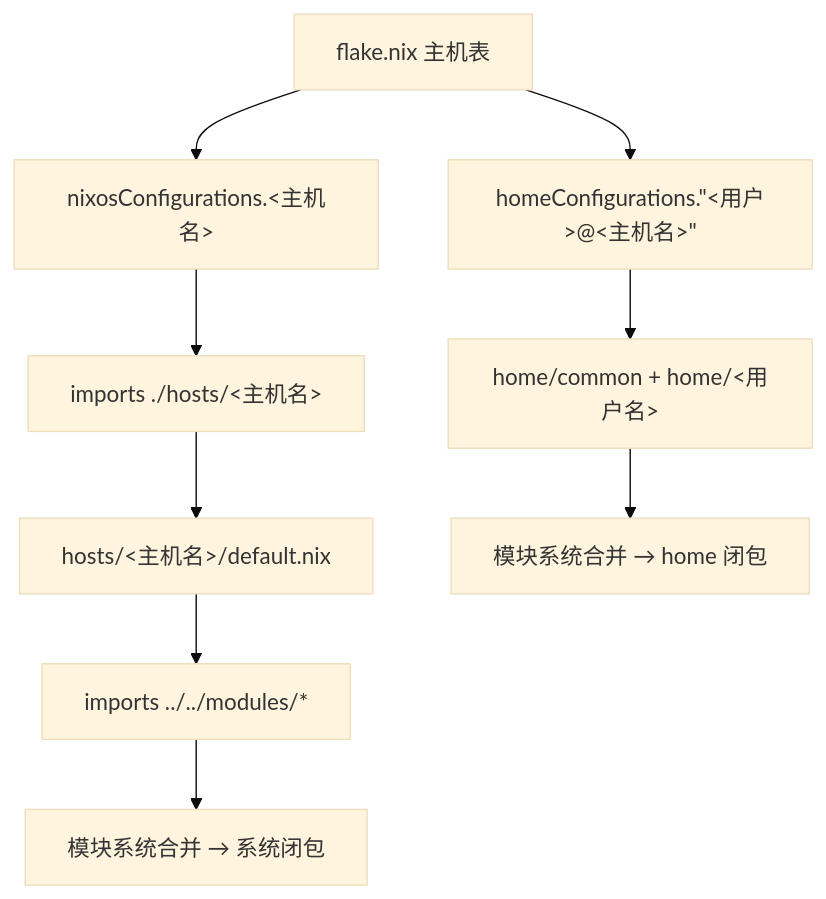
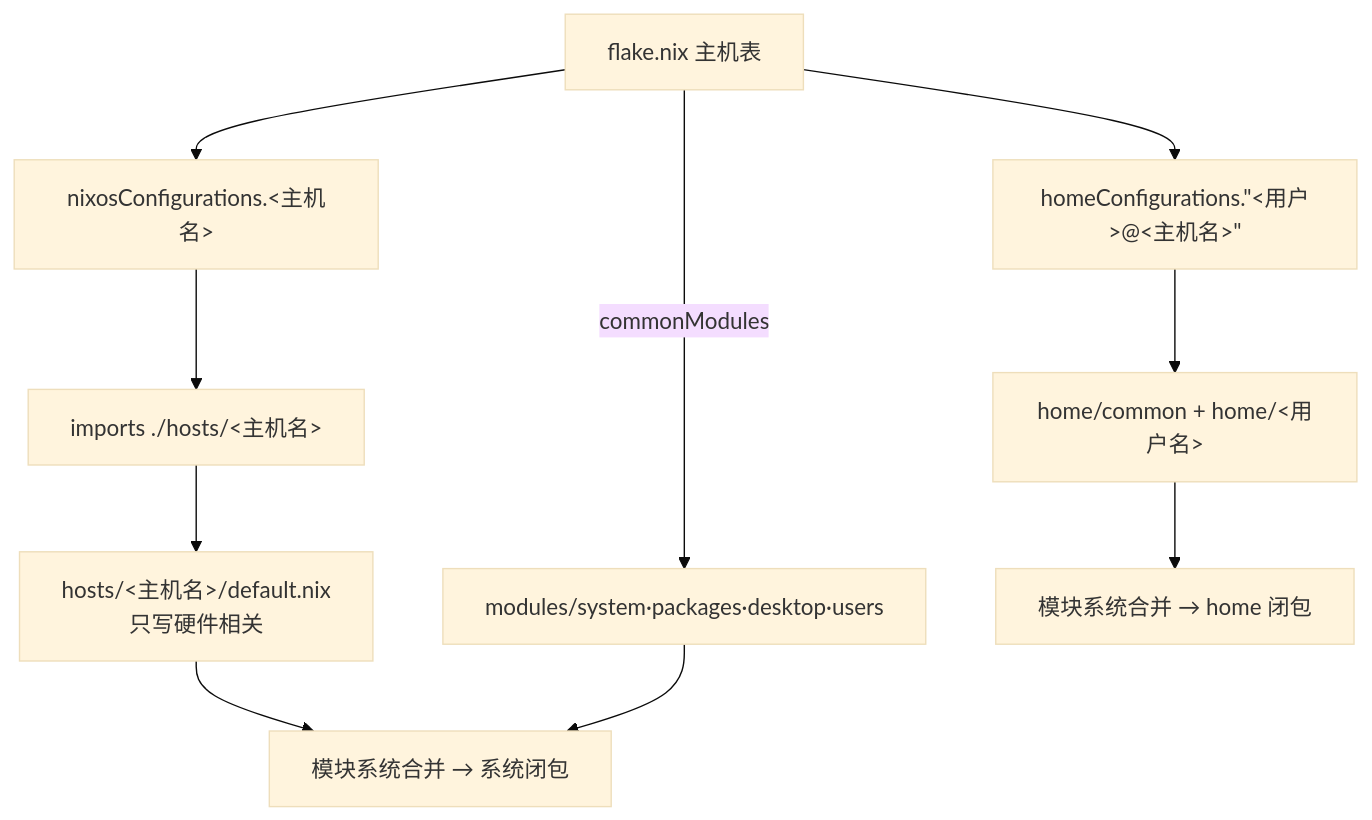
Before and after one commit to jjjenkinson/nixos-config: the diagram in README.md, drawn with Mermaid (base theme). The commit also changed other lines of this file and 27 other files, not shown here.

````diff
--- a/README.md
+++ b/README.md
@@ -55,11 +58,12 @@
 ```mermaid
 flowchart TD
     A["flake.nix 主机表"] --> B["nixosConfigurations.&lt;主机名&gt;"]
     B --> C["imports ./hosts/&lt;主机名&gt;"]
-    C --> D["hosts/&lt;主机名&gt;/default.nix"]
-    D --> E["imports ../../modules/*"]
-    E --> F["模块系统合并 → 系统闭包"]
+    C --> D["hosts/&lt;主机名&gt;/default.nix<br/>只写硬件相关"]
+    A -->|commonModules| E["modules/system·packages·desktop·users"]
+    D --> F["模块系统合并 → 系统闭包"]
+    E --> F
     A --> G["homeConfigurations.&quot;&lt;用户&gt;@&lt;主机名&gt;&quot;"]
     G --> H["home/common + home/&lt;用户名&gt;"]
     H --> I["模块系统合并 → home 闭包"]
 ```
````
